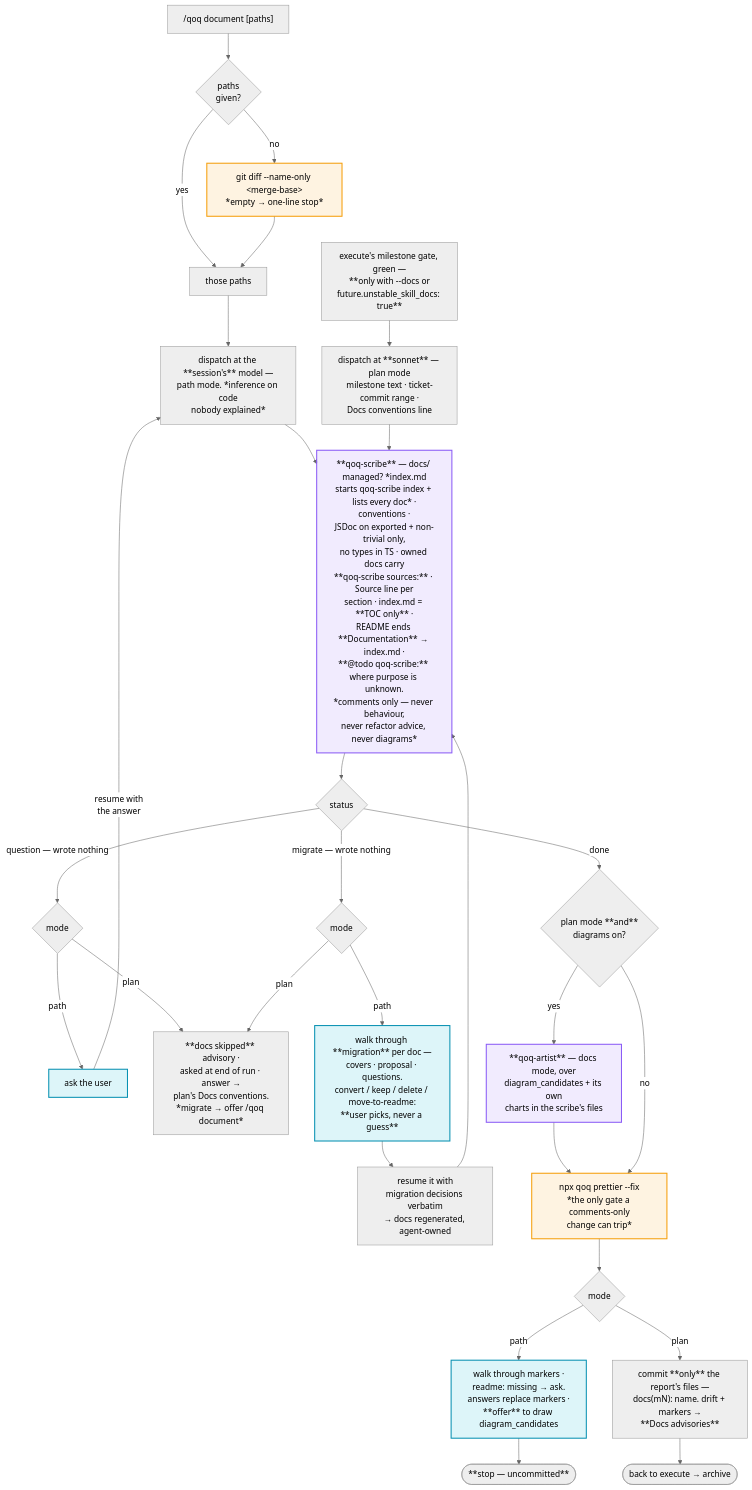
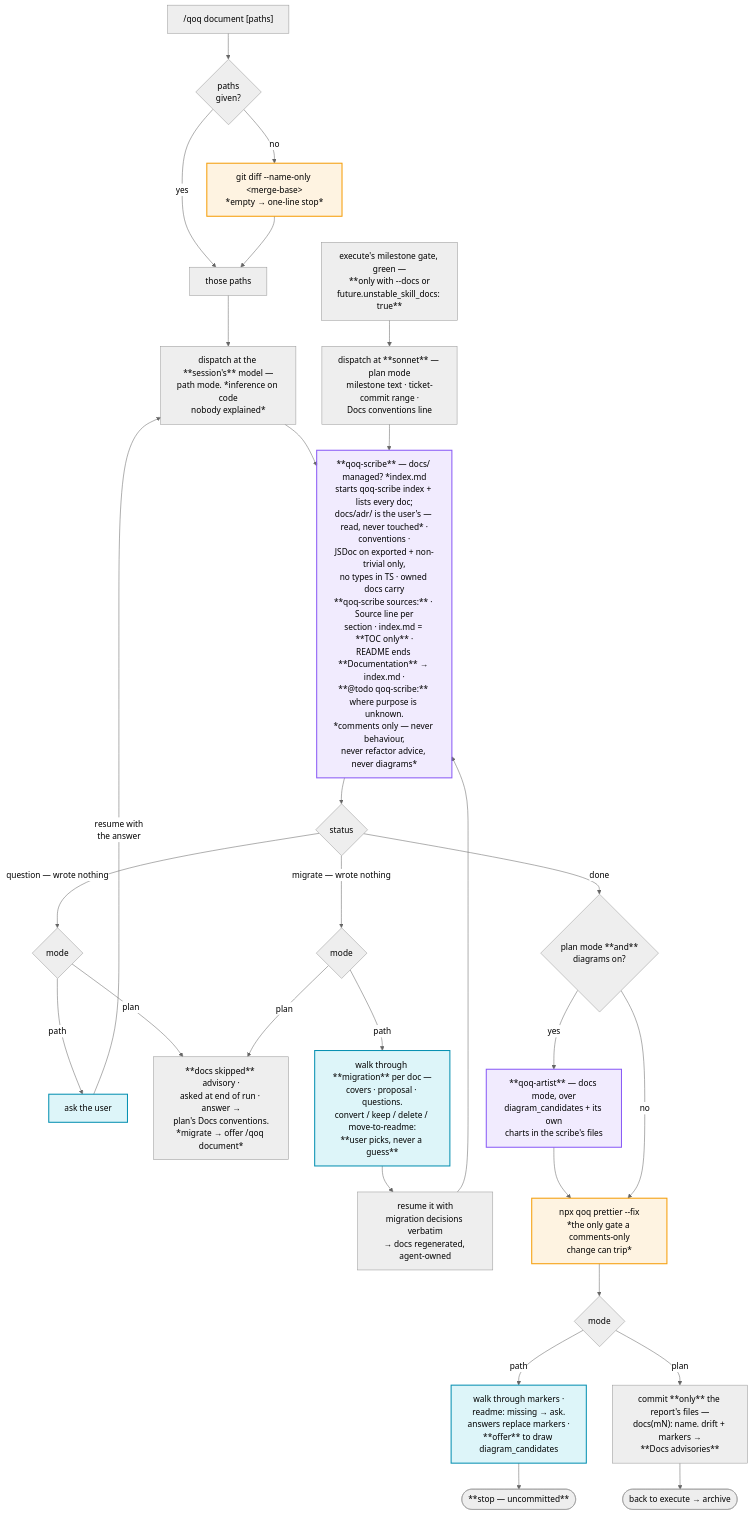
Before and after one commit to ladamczyk-it/qoq: diagram 11 of 14 in docs/qoq-workflows.md, drawn with Mermaid (neutral theme). The commit also changed other lines of this file and 20 other files, not shown here.

````diff
--- a/docs/qoq-workflows.md
+++ b/docs/qoq-workflows.md
@@ -706,39 +719,39 @@
 ```mermaid
 flowchart TD
     DQ["/qoq document [paths]"] --> DSCOPE{"paths<br/>given?"}
     DSCOPE -->|yes| DLIST["those paths"]
     DSCOPE -->|no| DDEF["git diff --name-only &lt;merge-base&gt;<br/>*empty → one-line stop*"]
     DDEF --> DLIST
     DLIST --> DDISP
 
     DEXEC["execute's milestone gate, green —<br/>**only with --docs or<br/>future.unstable_skill_docs: true**"] --> DDISPP["dispatch at **sonnet** — plan mode<br/>milestone text · ticket-commit range ·<br/>Docs conventions line"]
 
     DDISP["dispatch at the **session's** model —<br/>path mode. *inference on code<br/>nobody explained*"] --> DSCRIBE
     DDISPP --> DSCRIBE
 
-    DSCRIBE["**qoq-scribe** — docs/ managed? *index.md<br/>starts qoq-scribe index + lists every doc* ·<br/>conventions ·<br/>JSDoc on exported + non-trivial only,<br/>no types in TS · owned docs carry<br/>**qoq-scribe sources:** · Source line per<br/>section · index.md = **TOC only** ·<br/>README ends **Documentation** → index.md ·<br/>**@todo qoq-scribe:** where purpose is unknown.<br/>*comments only — never behaviour,<br/>never refactor advice, never diagrams*"]
+    DSCRIBE["**qoq-scribe** — docs/ managed? *index.md<br/>starts qoq-scribe index + lists every doc;<br/>docs/adr/ is the user's — read, never touched* ·<br/>conventions ·<br/>JSDoc on exported + non-trivial only,<br/>no types in TS · owned docs carry<br/>**qoq-scribe sources:** · Source line per<br/>section · index.md = **TOC only** ·<br/>README ends **Documentation** → index.md ·<br/>**@todo qoq-scribe:** where purpose is unknown.<br/>*comments only — never behaviour,<br/>never refactor advice, never diagrams*"]
     DSCRIBE --> DQS{"status"}
 
     DQS -->|"question — wrote nothing"| DMODE{"mode"}
     DMODE -->|path| DASK["ask the user"] -->|"resume with<br/>the answer"| DDISP
     DMODE -->|plan| DSKIP["**docs skipped** advisory ·<br/>asked at end of run · answer →<br/>plan's Docs conventions.<br/>*migrate → offer /qoq document*"]
 
     DQS -->|"migrate — wrote nothing"| DMMODE{"mode"}
     DMMODE -->|path| DMIG["walk through **migration** per doc —<br/>covers · proposal · questions.<br/>convert / keep / delete / move-to-readme:<br/>**user picks, never a guess**"] --> DDISPM["resume it with<br/>migration decisions verbatim<br/>→ docs regenerated, agent-owned"] --> DSCRIBE
     DMMODE -->|plan| DSKIP
 
     DQS -->|done| DARTQ{"plan mode **and**<br/>diagrams on?"}
     DARTQ -->|yes| DART["**qoq-artist** — docs mode, over<br/>diagram_candidates + its own<br/>charts in the scribe's files"] --> DFMT
     DARTQ -->|no| DFMT["npx qoq prettier --fix<br/>*the only gate a comments-only<br/>change can trip*"]
     DFMT --> DMODE2{"mode"}
     DMODE2 -->|path| DWALK["walk through markers ·<br/>readme: missing → ask.<br/>answers replace markers ·<br/>**offer** to draw diagram_candidates"] --> DSTOP(["**stop — uncommitted**"])
     DMODE2 -->|plan| DCOMMIT["commit **only** the report's files —<br/>docs(mN): name. drift + markers →<br/>**Docs advisories**"] --> DARCH(["back to execute → archive"])
 
     classDef agent fill:#8b5cf61f,stroke:#8b5cf6,stroke-width:2px
     classDef user fill:#06b6d422,stroke:#0891b2,stroke-width:2px
     classDef note fill:#f59e0b1f,stroke:#f59e0b,stroke-width:2px
 
     class DSCRIBE,DART agent
     class DASK,DWALK,DMIG user
     class DFMT,DDEF note
 ```
````
